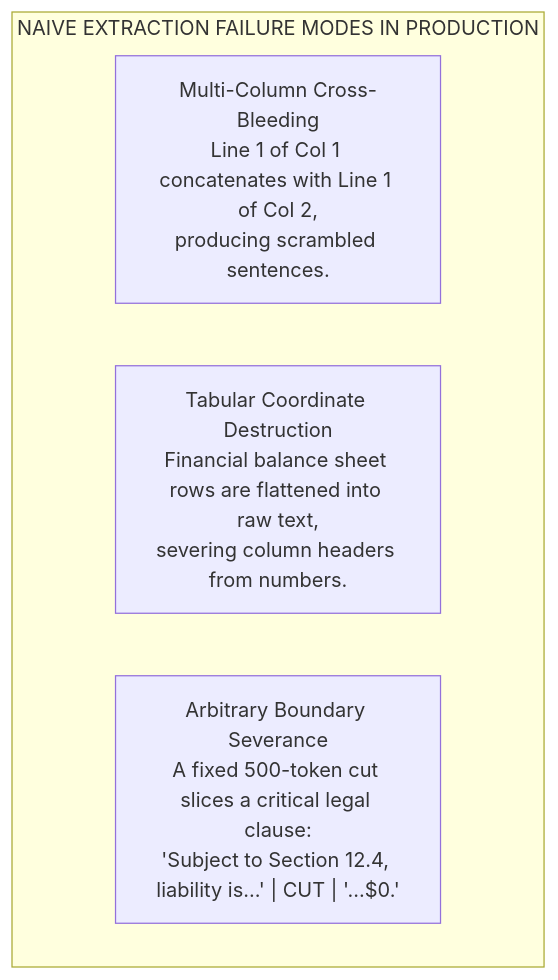
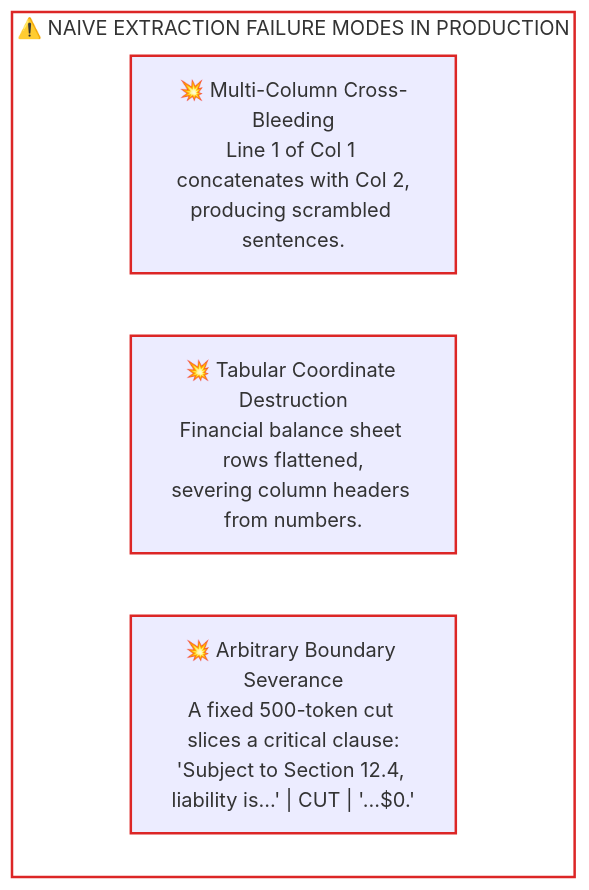
One commit to dip4k/senior-engineer-to-ai-engineer-roadmap changed the first of 2 diagrams in 02-rag-and-knowledge-systems/01-document-parsing-and-chunking.md. Above: the diagram before and after it, drawn with Mermaid. The commit also changed other lines of this file and 39 other files, not shown here.

First line of the commit message:
feat(curriculum): upgrade mermaid diagrams with unicode icons & codify anti-bloat layout rules

````diff
--- a/02-rag-and-knowledge-systems/01-document-parsing-and-chunking.md
+++ b/02-rag-and-knowledge-systems/01-document-parsing-and-chunking.md
@@ -31,8 +31,13 @@
 ```mermaid
 flowchart TD
-    subgraph Failures["NAIVE EXTRACTION FAILURE MODES IN PRODUCTION"]
-        F1["Multi-Column Cross-Bleeding<br>Line 1 of Col 1 concatenates with Line 1 of Col 2,<br>producing scrambled sentences."]
-        F2["Tabular Coordinate Destruction<br>Financial balance sheet rows are flattened into raw text,<br>severing column headers from numbers."]
-        F3["Arbitrary Boundary Severance<br>A fixed 500-token cut slices a critical legal clause:<br>'Subject to Section 12.4, liability is...' | CUT | '...$0.'"]
+    subgraph Failures["⚠️ NAIVE EXTRACTION FAILURE MODES IN PRODUCTION"]
+        F1["💥 Multi-Column Cross-Bleeding<br>Line 1 of Col 1 concatenates with Col 2,<br>producing scrambled sentences."]
+        F2["💥 Tabular Coordinate Destruction<br>Financial balance sheet rows flattened,<br>severing column headers from numbers."]
+        F3["💥 Arbitrary Boundary Severance<br>A fixed 500-token cut slices a critical clause:<br>'Subject to Section 12.4, liability is...' | CUT | '...$0.'"]
     end
+
+    style Failures fill:none,stroke:#dc2626,stroke-width:2px
+    style F1 stroke:#dc2626,stroke-width:2px
+    style F2 stroke:#dc2626,stroke-width:2px
+    style F3 stroke:#dc2626,stroke-width:2px
 ```
````
